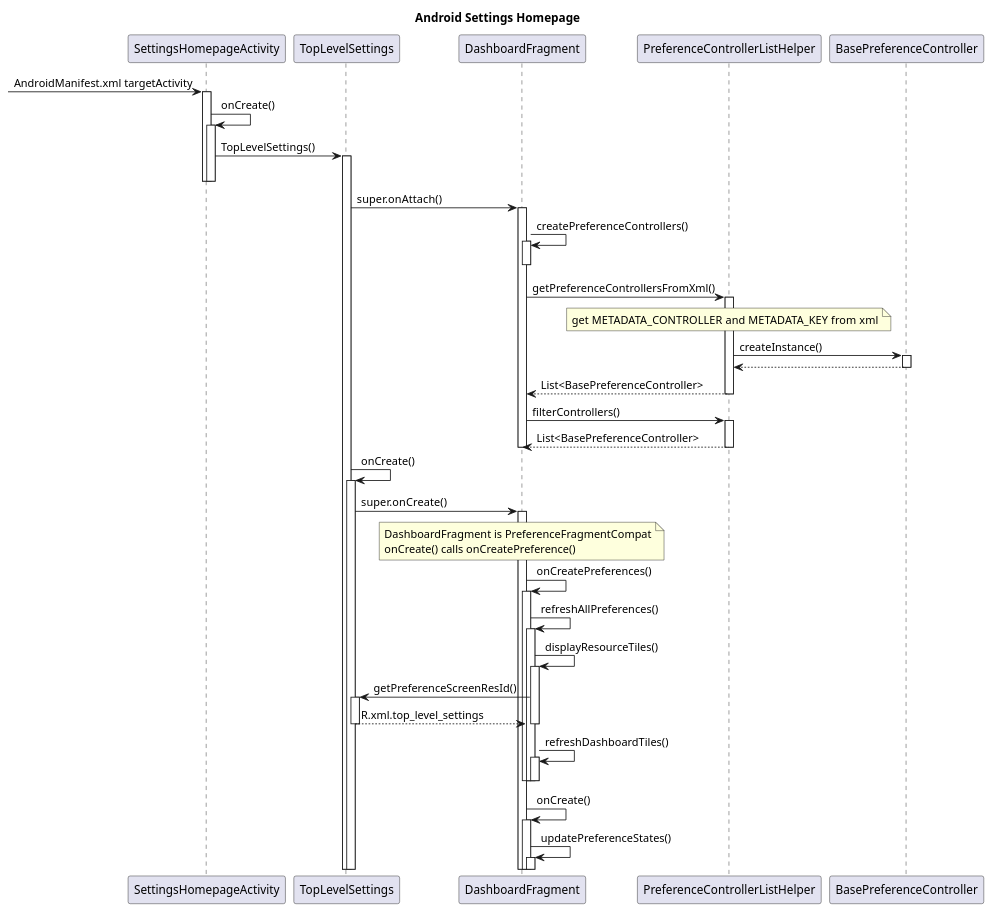
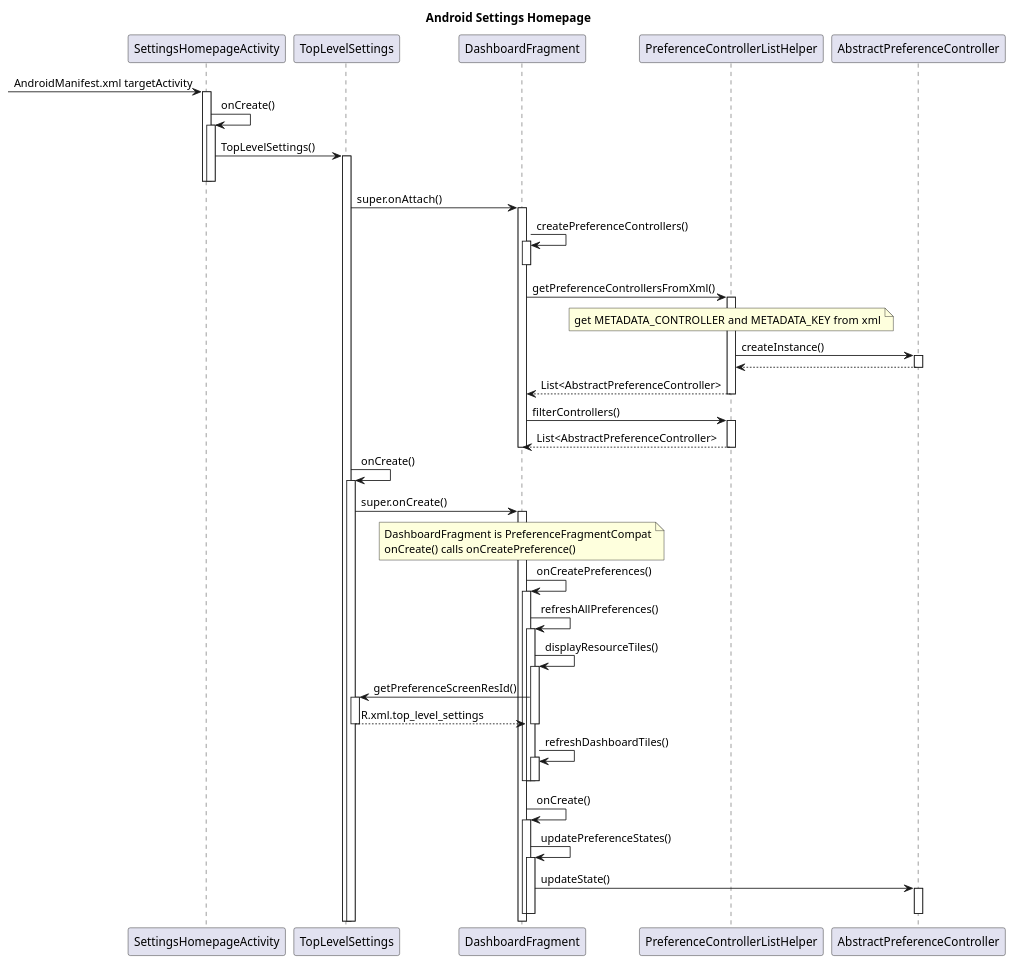
Before and after one commit to ShangjinTang/PlantUML: the diagram in Android Phone/Android UI/Android Settings/Android Settings Homepage.wsd, drawn with PlantUML. The commit also changed 1 other file, not shown here.

```diff
--- a/Android Phone/Android UI/Android Settings/Android Settings Homepage.wsd
+++ b/Android Phone/Android UI/Android Settings/Android Settings Homepage.wsd
@@ -1,51 +1,56 @@
 @startuml
 title Android Settings Homepage
 
 -> SettingsHomepageActivity: AndroidManifest.xml targetActivity
 
 SettingsHomepageActivity ++
 SettingsHomepageActivity -> SettingsHomepageActivity ++: onCreate()
 SettingsHomepageActivity -> TopLevelSettings ++: TopLevelSettings()
 SettingsHomepageActivity --
 SettingsHomepageActivity --
 
 
 
 TopLevelSettings -> DashboardFragment ++: super.onAttach()
 
 DashboardFragment -> DashboardFragment ++: createPreferenceControllers()
 DashboardFragment --
 
 DashboardFragment -> PreferenceControllerListHelper ++: getPreferenceControllersFromXml()
   note over PreferenceControllerListHelper: get METADATA_CONTROLLER and METADATA_KEY from xml
-  PreferenceControllerListHelper -> BasePreferenceController ++: createInstance()
-  BasePreferenceController --> PreferenceControllerListHelper --
-PreferenceControllerListHelper --> DashboardFragment --: List<BasePreferenceController>
+  PreferenceControllerListHelper -> AbstractPreferenceController ++: createInstance()
+  AbstractPreferenceController --> PreferenceControllerListHelper --
+PreferenceControllerListHelper --> DashboardFragment --: List<AbstractPreferenceController>
 
 DashboardFragment -> PreferenceControllerListHelper ++: filterControllers()
-PreferenceControllerListHelper --> DashboardFragment --: List<BasePreferenceController>
+PreferenceControllerListHelper --> DashboardFragment --: List<AbstractPreferenceController>
 
 DashboardFragment --
 
 
 
 TopLevelSettings -> TopLevelSettings ++: onCreate()
 TopLevelSettings -> DashboardFragment ++: super.onCreate()
 
 note over DashboardFragment: DashboardFragment is PreferenceFragmentCompat\nonCreate() calls onCreatePreference()
 DashboardFragment -> DashboardFragment ++: onCreatePreferences()
 DashboardFragment -> DashboardFragment ++: refreshAllPreferences()
 DashboardFragment -> DashboardFragment ++: displayResourceTiles()
 DashboardFragment -> TopLevelSettings ++: getPreferenceScreenResId()
 TopLevelSettings --> DashboardFragment --: R.xml.top_level_settings
 
 DashboardFragment --
 DashboardFragment -> DashboardFragment ++: refreshDashboardTiles()
 DashboardFragment --
 DashboardFragment --
 DashboardFragment --
 
 DashboardFragment -> DashboardFragment ++: onCreate()
 DashboardFragment -> DashboardFragment ++: updatePreferenceStates()
+DashboardFragment -> AbstractPreferenceController ++: updateState()
+AbstractPreferenceController --
+DashboardFragment --
+DashboardFragment --
+
 
 @enduml
```
